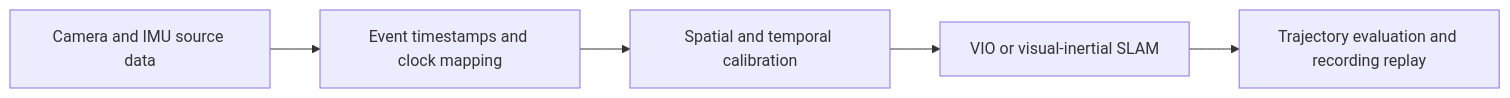
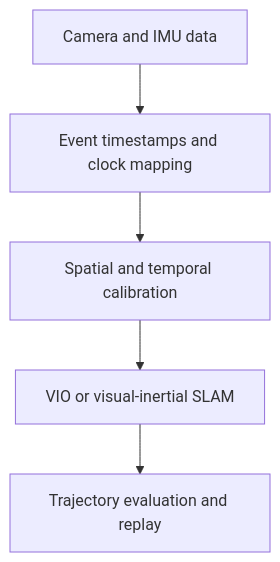
One commit to xensexyq/vio-atlas changed the diagram in README.md. Above: the diagram before and after it, drawn with Mermaid. The commit also changed other lines of this file and 3 other files, not shown here.

````diff
--- a/README.md
+++ b/README.md
@@ -40,7 +66,7 @@
 ```mermaid
-flowchart LR
-  S[Camera and IMU source data] --> T[Event timestamps and clock mapping]
+flowchart TB
+  S[Camera and IMU data] --> T[Event timestamps and clock mapping]
   T --> C[Spatial and temporal calibration]
   C --> V[VIO or visual-inertial SLAM]
-  V --> E[Trajectory evaluation and recording replay]
+  V --> E[Trajectory evaluation and replay]
 ```
````
